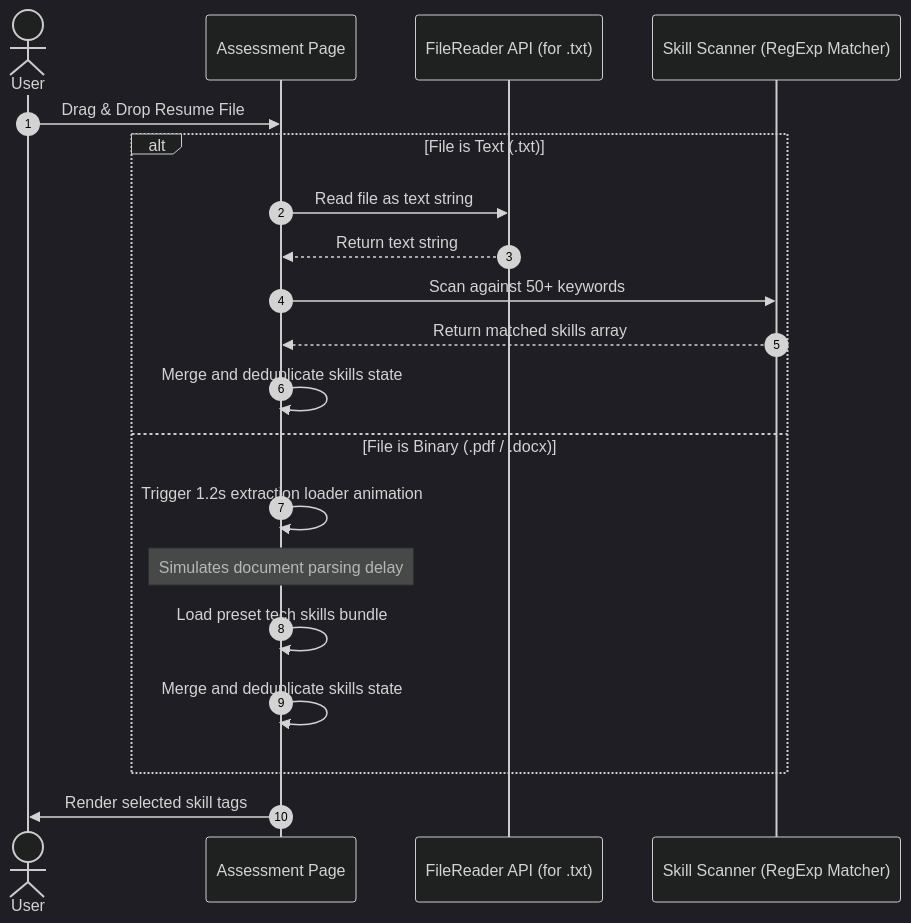
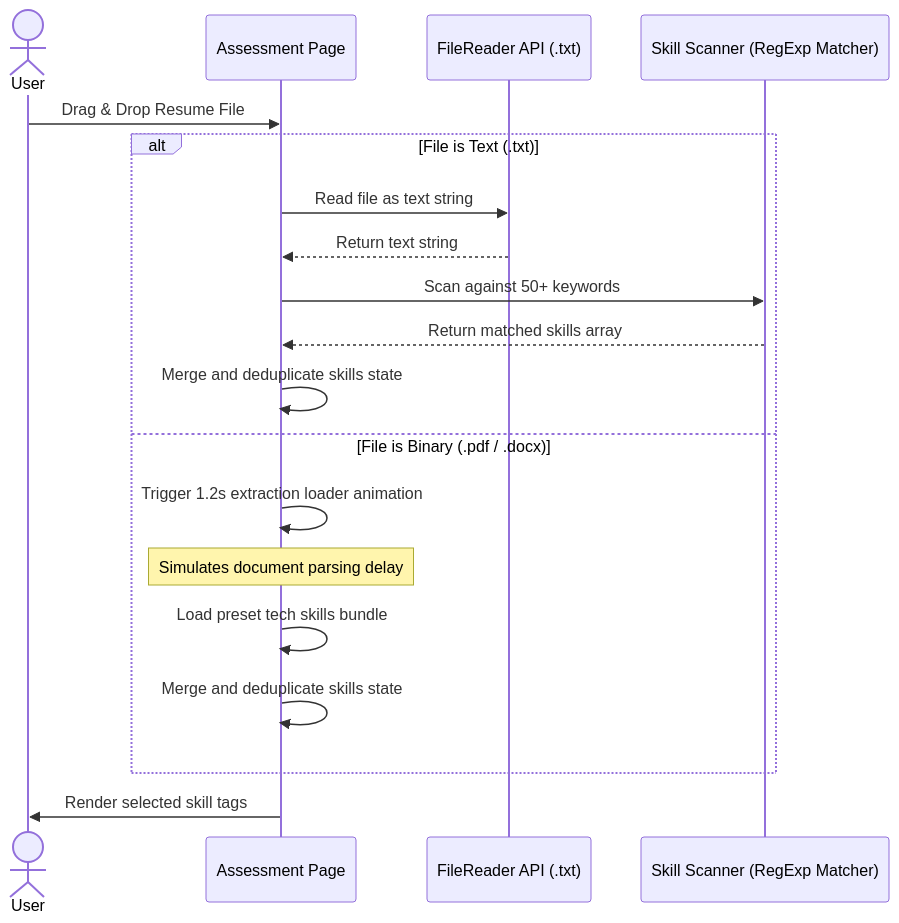
The fourth of 6 diagrams in frontend/INFRASTRUCTURE.md (sharmaakash-198/Career-Compass), drawn with Mermaid before and after one commit. The commit also changed other lines of this file and 8 other files, not shown here.

````diff
--- a/frontend/INFRASTRUCTURE.md
+++ b/frontend/INFRASTRUCTURE.md
@@ -306,24 +221,22 @@
 ```mermaid
-%%{init: {'theme': 'dark'}}%%
 sequenceDiagram
-    autonumber
     actor User
     participant Page as Assessment Page
-    participant Reader as FileReader API (for .txt)
+    participant Reader as FileReader API (.txt)
     participant Engine as Skill Scanner (RegExp Matcher)
-
+    
     User->>Page: Drag & Drop Resume File
     alt File is Text (.txt)
         Page->>Reader: Read file as text string
         Reader-->>Page: Return text string
         Page->>Engine: Scan against 50+ keywords
         Engine-->>Page: Return matched skills array
         Page->>Page: Merge and deduplicate skills state
     else File is Binary (.pdf / .docx)
         Page->>Page: Trigger 1.2s extraction loader animation
         Note over Page: Simulates document parsing delay
         Page->>Page: Load preset tech skills bundle
         Page->>Page: Merge and deduplicate skills state
     end
     Page->>User: Render selected skill tags
 ```
````
